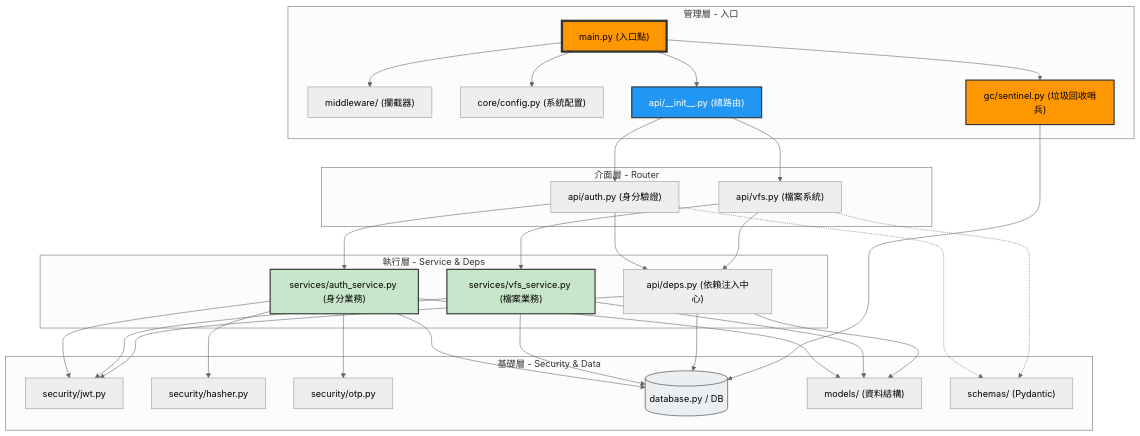
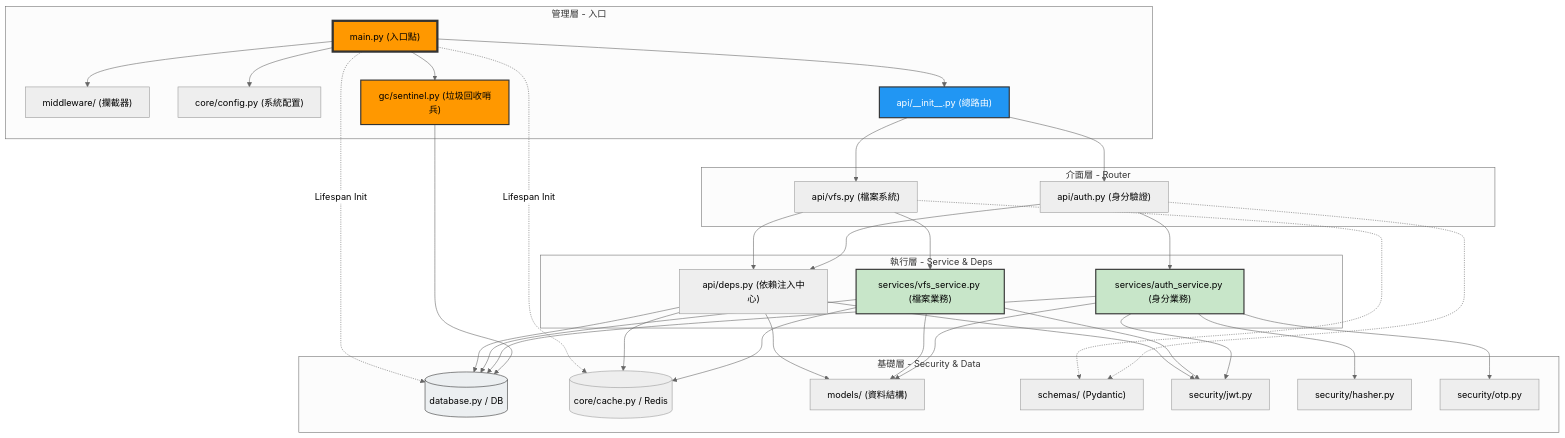
One commit to Salt-Shio/FileBrowser changed the diagram in dev/architecture/system_structure.md. Above: the diagram before and after it, drawn with Mermaid (neutral theme). The commit also changed other lines of this file and 15 other files, not shown here.

````diff
--- a/dev/architecture/system_structure.md
+++ b/dev/architecture/system_structure.md
@@ -5,75 +5,80 @@
 ```mermaid
 graph TD
     subgraph Layer_1 [管理層 - 入口]
         MAIN["main.py (入口點)"]
         MIDDLEWARE["middleware/ (攔截器)"]
         CORE["core/config.py (系統配置)"]
         API_INIT["api/__init__.py (總路由)"]
         GC_SENTINEL["gc/sentinel.py (垃圾回收哨兵)"]
     end
 
     subgraph Layer_2 [介面層 - Router]
+        VFS_API["api/vfs.py (檔案系統)"]
         AUTH_API["api/auth.py (身分驗證)"]
-        VFS_API["api/vfs.py (檔案系統)"]
     end
 
     subgraph Layer_3 [執行層 - Service & Deps]
+        DEPS["api/deps.py (依賴注入中心)"]
+        VFS_SVC["services/vfs_service.py (檔案業務)"]
         AUTH_SVC["services/auth_service.py (身分業務)"]
-        VFS_SVC["services/vfs_service.py (檔案業務)"]
-        DEPS["api/deps.py (依賴注入中心)"]
     end
 
     subgraph Layer_4 [基礎層 - Security & Data]
+        DB[("database.py / DB")]
+        REDIS[("core/cache.py / Redis")]
+        MODELS["models/ (資料結構)"]
+        SCHEMAS["schemas/ (Pydantic)"]
         JWT["security/jwt.py"]
         HASHER["security/hasher.py"]
         OTP["security/otp.py"]
-        DB[("database.py / DB")]
-        MODELS["models/ (資料結構)"]
-        SCHEMAS["schemas/ (Pydantic)"]
     end
 
     %% 調用關係
     MAIN --> MIDDLEWARE
     MAIN --> CORE
     MAIN --> API_INIT
     MAIN --> GC_SENTINEL
+    MAIN -.->|Lifespan Init| DB
+    MAIN -.->|Lifespan Init| REDIS
 
+    API_INIT --> VFS_API
     API_INIT --> AUTH_API
-    API_INIT --> VFS_API
 
     %% 業務與依賴
+    VFS_API --> DEPS
+    VFS_API --> VFS_SVC
+    AUTH_API --> DEPS
     AUTH_API --> AUTH_SVC
-    AUTH_API --> DEPS
-    VFS_API --> VFS_SVC
-    VFS_API --> DEPS
 
-    %% 執行層調用基礎層
+    %% 執行層調用基礎層 (排列解開交錯)
+    DEPS --> DB
+    DEPS --> REDIS
+    DEPS --> MODELS
+    DEPS --> JWT
+
+    VFS_SVC --> DB
+    VFS_SVC --> REDIS
+    VFS_SVC --> MODELS
+    VFS_SVC --> JWT
+
+    AUTH_SVC --> DB
+    AUTH_SVC --> MODELS
     AUTH_SVC --> JWT
     AUTH_SVC --> HASHER
     AUTH_SVC --> OTP
-    AUTH_SVC --> DB
-    AUTH_SVC --> MODELS
-
-    VFS_SVC --> DB
-    VFS_SVC --> MODELS
-    VFS_SVC --> JWT
-
-    DEPS --> DB
-    DEPS --> JWT
-    DEPS --> MODELS
 
     %% 背景 GC 哨兵調用
     GC_SENTINEL --> DB
 
     %% Schema 調用
+    VFS_API -.-> SCHEMAS
     AUTH_API -.-> SCHEMAS
-    VFS_API -.-> SCHEMAS
 
     %% 樣式美化
     style MAIN fill:#FF9800,stroke:#333,stroke-width:4px,color:#000
     style GC_SENTINEL fill:#FF9800,stroke:#333,stroke-width:2px,color:#000
     style API_INIT fill:#2196F3,stroke:#333,stroke-width:2px,color:#fff
     style AUTH_SVC fill:#C8E6C9,stroke:#333,stroke-width:2px,color:#000
     style VFS_SVC fill:#C8E6C9,stroke:#333,stroke-width:2px,color:#000
     style DB fill:#ECEFF1,stroke:#333,color:#000
 ```
````
